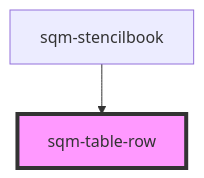
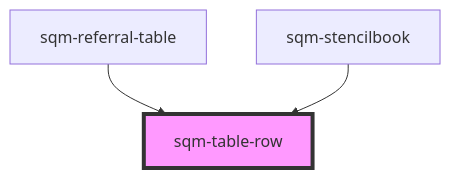
One commit to saasquatch/program-tools changed the diagram in packages/mint-components/src/components/sqm-referral-table/readme.md. Above: the diagram before and after it, drawn with Mermaid. The commit also changed other lines of this file and 4 other files, not shown here.

````diff
--- a/packages/mint-components/src/components/sqm-referral-table/readme.md
+++ b/packages/mint-components/src/components/sqm-referral-table/readme.md
@@ -22,5 +23,6 @@
 ```mermaid
 graph TD;
+  sqm-referral-table --> sqm-table-row
   sqm-stencilbook --> sqm-table-row
   style sqm-table-row fill:#f9f,stroke:#333,stroke-width:4px
 ```
````
